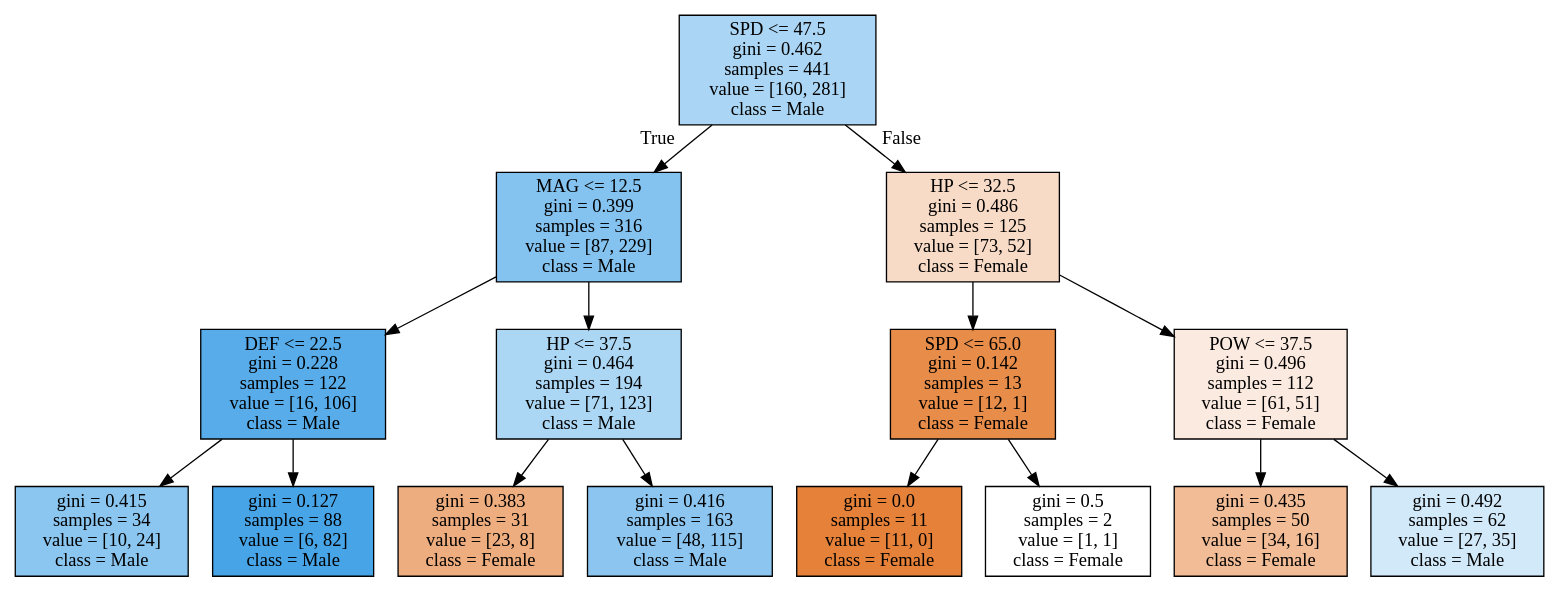
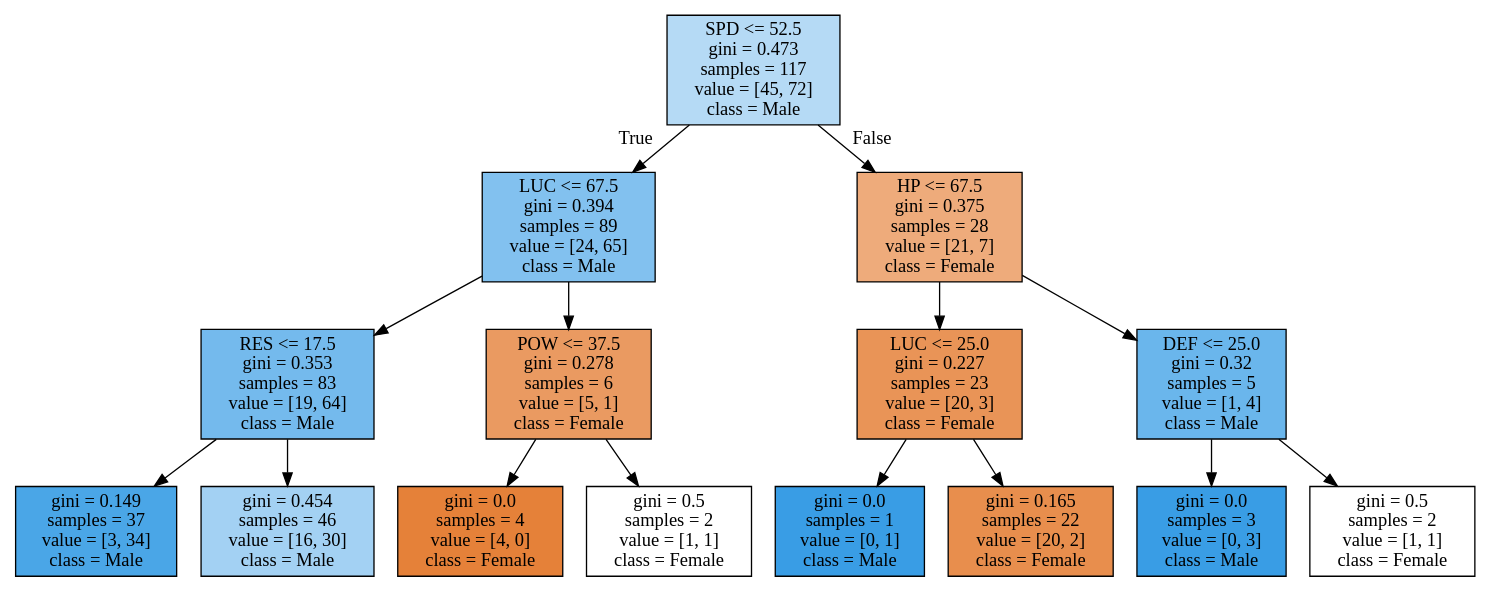
The diagram in tree.dot (hibit-at/FE_growth_rate), drawn with Graphviz before and after one commit. The commit also changed 3 other files, not shown here.

```diff
--- a/tree.dot
+++ b/tree.dot
@@ -1,32 +1,32 @@
 digraph Tree {
 node [shape=box, style="filled", color="black"] ;
-0 [label="SPD <= 47.5\ngini = 0.462\nsamples = 441\nvalue = [160, 281]\nclass = Male", fillcolor="#aad5f4"] ;
-1 [label="MAG <= 12.5\ngini = 0.399\nsamples = 316\nvalue = [87, 229]\nclass = Male", fillcolor="#84c2ef"] ;
+0 [label="SPD <= 52.5\ngini = 0.473\nsamples = 117\nvalue = [45, 72]\nclass = Male", fillcolor="#b5daf5"] ;
+1 [label="LUC <= 67.5\ngini = 0.394\nsamples = 89\nvalue = [24, 65]\nclass = Male", fillcolor="#82c1ef"] ;
 0 -> 1 [labeldistance=2.5, labelangle=45, headlabel="True"] ;
-2 [label="DEF <= 22.5\ngini = 0.228\nsamples = 122\nvalue = [16, 106]\nclass = Male", fillcolor="#57ace9"] ;
+2 [label="RES <= 17.5\ngini = 0.353\nsamples = 83\nvalue = [19, 64]\nclass = Male", fillcolor="#74baed"] ;
 1 -> 2 ;
-3 [label="gini = 0.415\nsamples = 34\nvalue = [10, 24]\nclass = Male", fillcolor="#8bc6f0"] ;
+3 [label="gini = 0.149\nsamples = 37\nvalue = [3, 34]\nclass = Male", fillcolor="#4aa6e7"] ;
 2 -> 3 ;
-4 [label="gini = 0.127\nsamples = 88\nvalue = [6, 82]\nclass = Male", fillcolor="#47a4e7"] ;
+4 [label="gini = 0.454\nsamples = 46\nvalue = [16, 30]\nclass = Male", fillcolor="#a3d1f3"] ;
 2 -> 4 ;
-5 [label="HP <= 37.5\ngini = 0.464\nsamples = 194\nvalue = [71, 123]\nclass = Male", fillcolor="#abd6f4"] ;
+5 [label="POW <= 37.5\ngini = 0.278\nsamples = 6\nvalue = [5, 1]\nclass = Female", fillcolor="#ea9a61"] ;
 1 -> 5 ;
-6 [label="gini = 0.383\nsamples = 31\nvalue = [23, 8]\nclass = Female", fillcolor="#eead7e"] ;
+6 [label="gini = 0.0\nsamples = 4\nvalue = [4, 0]\nclass = Female", fillcolor="#e58139"] ;
 5 -> 6 ;
-7 [label="gini = 0.416\nsamples = 163\nvalue = [48, 115]\nclass = Male", fillcolor="#8cc6f0"] ;
+7 [label="gini = 0.5\nsamples = 2\nvalue = [1, 1]\nclass = Female", fillcolor="#ffffff"] ;
 5 -> 7 ;
-8 [label="HP <= 32.5\ngini = 0.486\nsamples = 125\nvalue = [73, 52]\nclass = Female", fillcolor="#f8dbc6"] ;
+8 [label="HP <= 67.5\ngini = 0.375\nsamples = 28\nvalue = [21, 7]\nclass = Female", fillcolor="#eeab7b"] ;
 0 -> 8 [labeldistance=2.5, labelangle=-45, headlabel="False"] ;
-9 [label="SPD <= 65.0\ngini = 0.142\nsamples = 13\nvalue = [12, 1]\nclass = Female", fillcolor="#e78c49"] ;
+9 [label="LUC <= 25.0\ngini = 0.227\nsamples = 23\nvalue = [20, 3]\nclass = Female", fillcolor="#e99457"] ;
 8 -> 9 ;
-10 [label="gini = 0.0\nsamples = 11\nvalue = [11, 0]\nclass = Female", fillcolor="#e58139"] ;
+10 [label="gini = 0.0\nsamples = 1\nvalue = [0, 1]\nclass = Male", fillcolor="#399de5"] ;
 9 -> 10 ;
-11 [label="gini = 0.5\nsamples = 2\nvalue = [1, 1]\nclass = Female", fillcolor="#ffffff"] ;
+11 [label="gini = 0.165\nsamples = 22\nvalue = [20, 2]\nclass = Female", fillcolor="#e88e4d"] ;
 9 -> 11 ;
-12 [label="POW <= 37.5\ngini = 0.496\nsamples = 112\nvalue = [61, 51]\nclass = Female", fillcolor="#fbeadf"] ;
+12 [label="DEF <= 25.0\ngini = 0.32\nsamples = 5\nvalue = [1, 4]\nclass = Male", fillcolor="#6ab6ec"] ;
 8 -> 12 ;
-13 [label="gini = 0.435\nsamples = 50\nvalue = [34, 16]\nclass = Female", fillcolor="#f1bc96"] ;
+13 [label="gini = 0.0\nsamples = 3\nvalue = [0, 3]\nclass = Male", fillcolor="#399de5"] ;
 12 -> 13 ;
-14 [label="gini = 0.492\nsamples = 62\nvalue = [27, 35]\nclass = Male", fillcolor="#d2e9f9"] ;
+14 [label="gini = 0.5\nsamples = 2\nvalue = [1, 1]\nclass = Female", fillcolor="#ffffff"] ;
 12 -> 14 ;
 }
```
